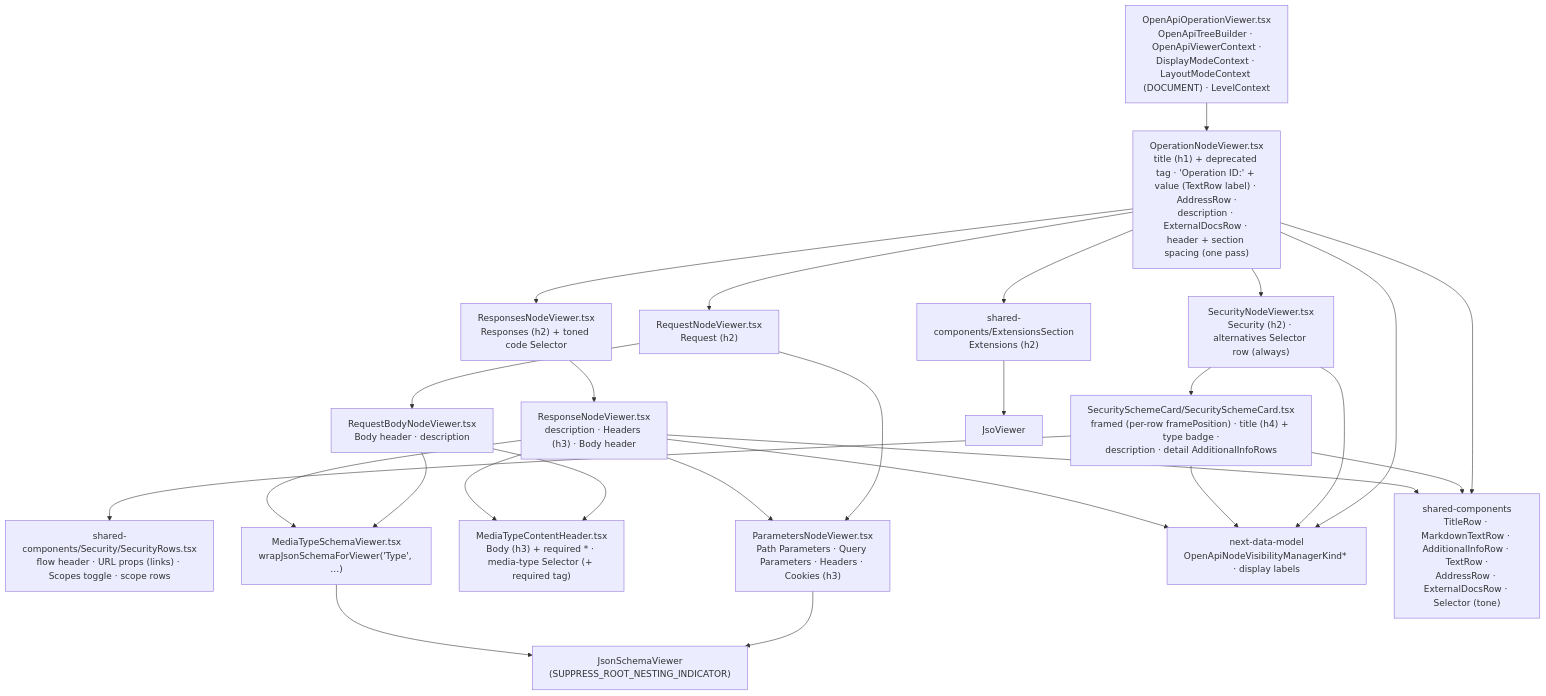
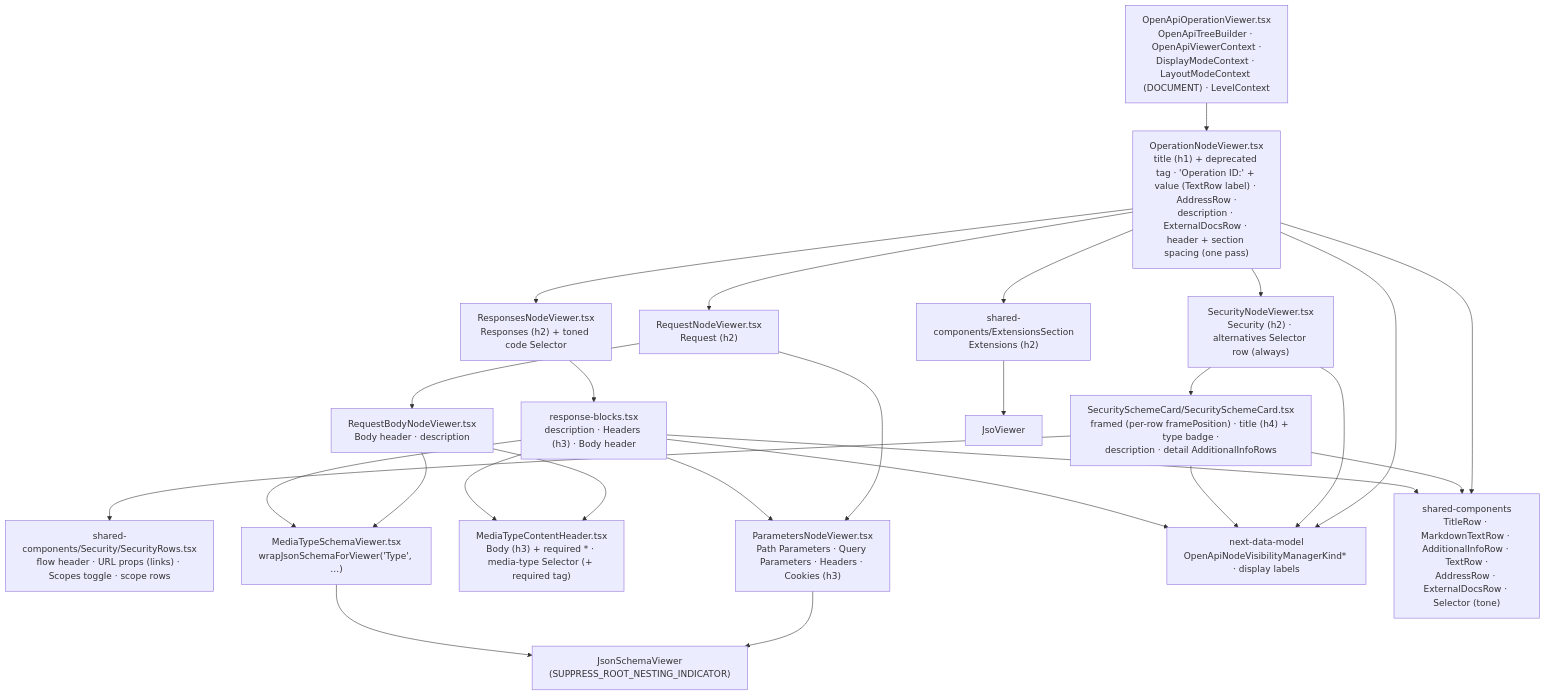
The diagram in docs/design/openapi/architecture/viewer-plain.md (Netcracker/qubership-apihub-api-doc-viewer), drawn with Mermaid before and after one commit. The commit also changed 63 other files, not shown here.

````diff
--- a/docs/design/openapi/architecture/viewer-plain.md
+++ b/docs/design/openapi/architecture/viewer-plain.md
@@ -8,46 +8,46 @@
 ```mermaid
 flowchart TB
   Root["OpenApiOperationViewer.tsx<br/>OpenApiTreeBuilder · OpenApiViewerContext ·<br/>DisplayModeContext · LayoutModeContext (DOCUMENT) · LevelContext"]
   Operation["OperationNodeViewer.tsx<br/>title (h1) + deprecated tag · 'Operation ID:' + value (TextRow label) · AddressRow ·<br/>description · ExternalDocsRow · header + section spacing (one pass)"]
   Security["SecurityNodeViewer.tsx<br/>Security (h2) · alternatives Selector row (always)"]
   Card["SecuritySchemeCard/SecuritySchemeCard.tsx<br/>framed (per-row framePosition) · title (h4) + type badge ·<br/>description · detail AdditionalInfoRows"]
   Flow["shared-components/Security/SecurityRows.tsx<br/>flow header · URL props (links) · Scopes toggle · scope rows"]
   Extensions["shared-components/ExtensionsSection<br/>Extensions (h2)"]
   Request["RequestNodeViewer.tsx<br/>Request (h2)"]
   Params["ParametersNodeViewer.tsx<br/>Path Parameters · Query Parameters · Headers · Cookies (h3)"]
   Body["RequestBodyNodeViewer.tsx<br/>Body header · description"]
   BodyHeader["MediaTypeContentHeader.tsx<br/>Body (h3) + required * · media-type Selector (+ required tag)"]
   Responses["ResponsesNodeViewer.tsx<br/>Responses (h2) + toned code Selector"]
-  Response["ResponseNodeViewer.tsx<br/>description · Headers (h3) · Body header"]
+  Response["response-blocks.tsx<br/>description · Headers (h3) · Body header"]
   MediaSchema["MediaTypeSchemaViewer.tsx<br/>wrapJsonSchemaForViewer('Type', …)"]
   Visibility["next-data-model<br/>OpenApiNodeVisibilityManagerKind* · display labels"]
   JsonSchema["JsonSchemaViewer<br/>(SUPPRESS_ROOT_NESTING_INDICATOR)"]
   Jso["JsoViewer"]
   SharedRows["shared-components<br/>TitleRow · MarkdownTextRow · AdditionalInfoRow · TextRow ·<br/>AddressRow · ExternalDocsRow · Selector (tone)"]
 
   Root --> Operation
   Operation --> Security
   Operation --> Extensions
   Operation --> Request
   Operation --> Responses
   Security --> Card
   Card --> Flow
   Request --> Params
   Request --> Body
   Body --> BodyHeader
   Body --> MediaSchema
   Responses --> Response
   Response --> Params
   Response --> BodyHeader
   Response --> MediaSchema
   Params --> JsonSchema
   MediaSchema --> JsonSchema
   Extensions --> Jso
   Operation --> Visibility
   Security --> Visibility
   Card --> Visibility
   Response --> Visibility
   Operation --> SharedRows
   Card --> SharedRows
   Response --> SharedRows
 ```
````
